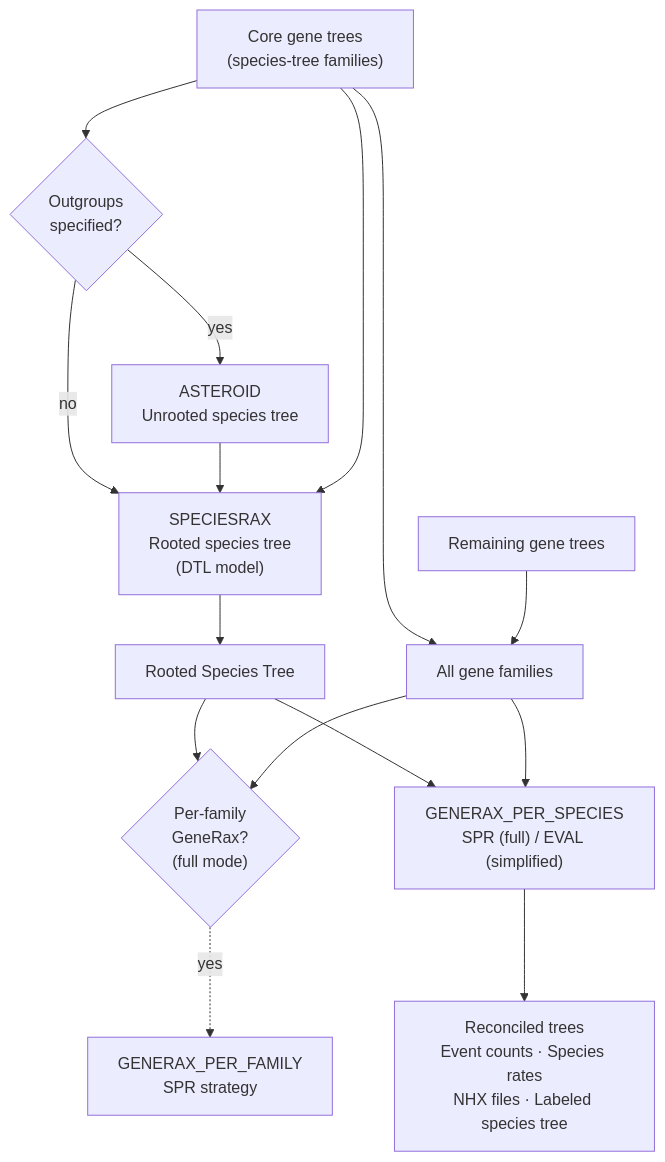
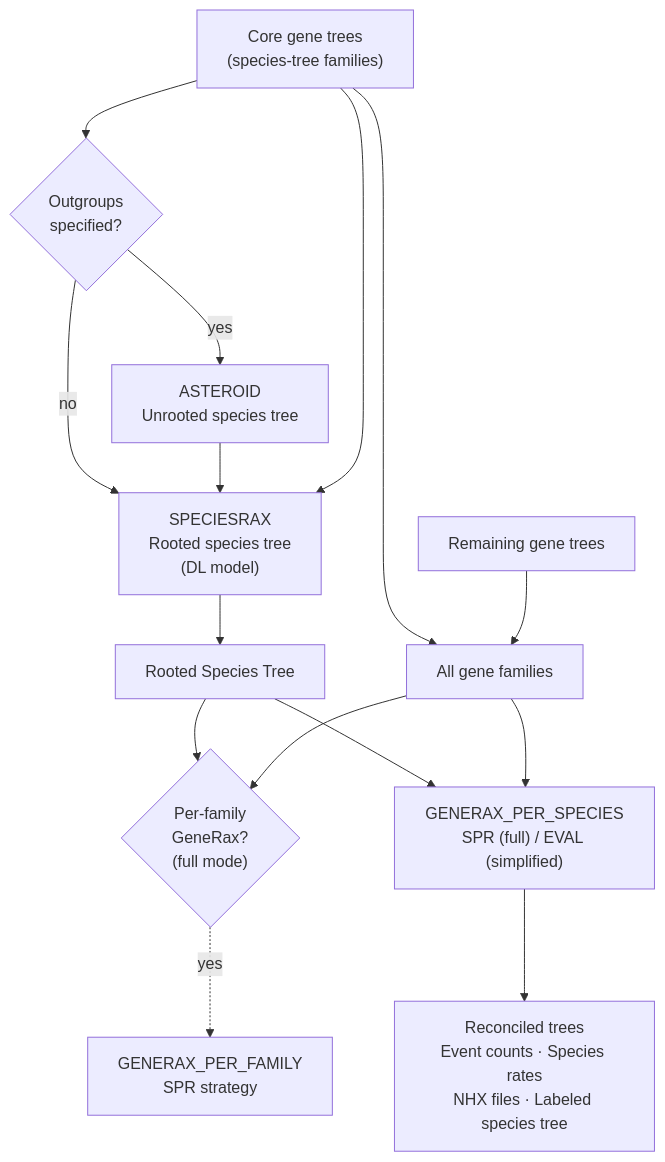
The fifth of 6 diagrams in README.md (Arcadia-Science/noveltree), drawn with Mermaid before and after one commit. The commit also changed other lines of this file and 15 other files, not shown here.

Commit message:
switch to using DL model for generax/speciesrax

````diff
--- a/README.md
+++ b/README.md
@@ -303,22 +303,22 @@
 ```mermaid
 flowchart TD
     CORE["Core gene trees<br/>(species-tree families)"] --> OGQ{"Outgroups<br/>specified?"}
     OGQ -->|yes| AST["ASTEROID<br/>Unrooted species tree"]
     OGQ -->|no| SRAX
-    AST --> SRAX["SPECIESRAX<br/>Rooted species tree<br/>(DTL model)"]
+    AST --> SRAX["SPECIESRAX<br/>Rooted species tree<br/>(DL model)"]
     CORE --> SRAX
 
     SRAX --> SPP["Rooted Species Tree"]
 
     CORE --> ALL["All gene families"]
     REM["Remaining gene trees"] --> ALL
 
     SPP --> GRAX_F
     ALL --> GRAX_F{"Per-family<br/>GeneRax?<br/>(full mode)"}
     GRAX_F -.->|yes| PF["GENERAX_PER_FAMILY<br/>SPR strategy"]
 
     SPP --> GRAX_S["GENERAX_PER_SPECIES<br/>SPR (full) / EVAL (simplified)"]
     ALL --> GRAX_S
 
     GRAX_S --> OUT["Reconciled trees<br/>Event counts · Species rates<br/>NHX files · Labeled species tree"]
 ```
````
